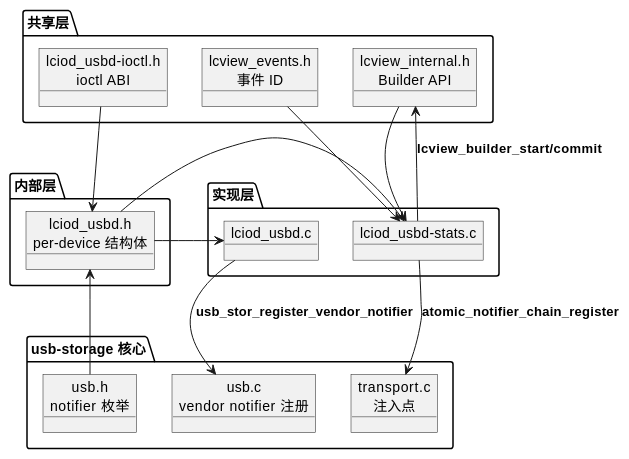
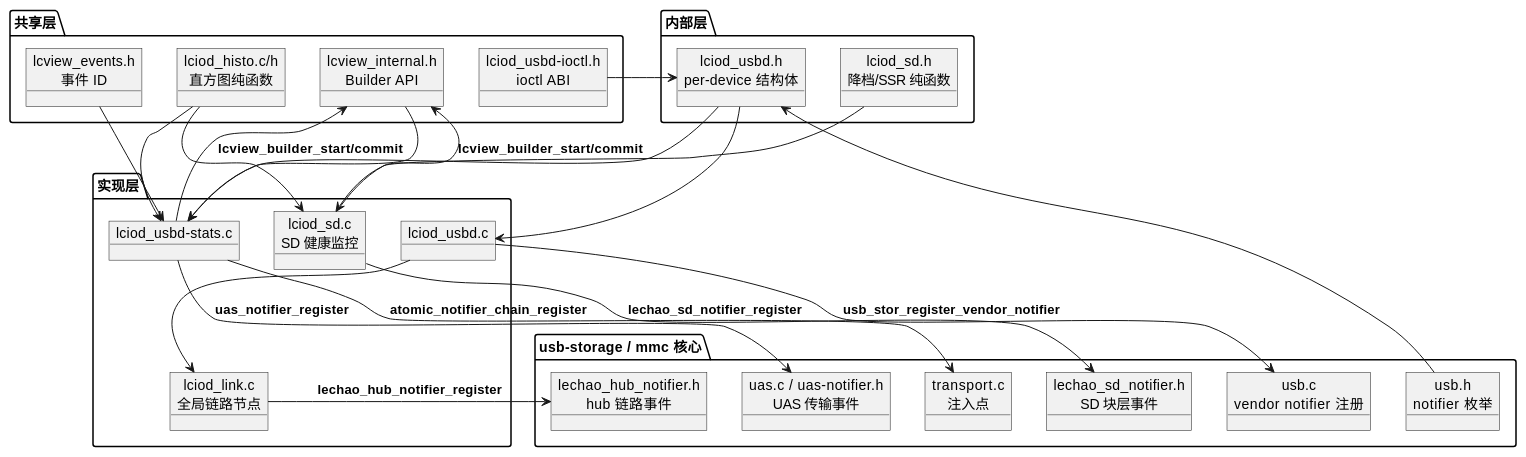
One commit to lechao365/AndroidSystemEnhance changed the eighth of 10 diagrams in docs/02-IO增强/02.01-内核态增强-lciod-kernel.md. Above: the diagram before and after it, drawn with PlantUML. The commit also changed other lines of this file and 212 other files, not shown here.

First line of the commit message:
构建(baseline): 发布 BL-20261013-01——LcIod SD 健康/长尾直方图与块采集迁入、LcView 事件扩展、usb-verify JSON 期望

````diff
--- a/docs/02-IO增强/02.01-内核态增强-lciod-kernel.md
+++ b/docs/02-IO增强/02.01-内核态增强-lciod-kernel.md
@@ -591,36 +662,51 @@
 ```plantuml
 @startuml
 package "共享层" as shared {
     object "lciod_usbd-ioctl.h\nioctl ABI" as IOCTL
     object "lcview_events.h\n事件 ID" as LCVH
     object "lcview_internal.h\nBuilder API" as LCVINT
+    object "lciod_histo.c/h\n直方图纯函数" as HISTO
 }
 
 package "内部层" as internal {
     object "lciod_usbd.h\nper-device 结构体" as HDR
+    object "lciod_sd.h\n降档/SSR 纯函数" as SDH
 }
 
 package "实现层" as impl {
     object "lciod_usbd.c" as MAIN
     object "lciod_usbd-stats.c" as STATS
+    object "lciod_link.c\n全局链路节点" as LINK
+    object "lciod_sd.c\nSD 健康监控" as SD
 }
 
-package "usb-storage 核心" as usbstor {
+package "usb-storage / mmc 核心" as usbstor {
     object "usb.h\nnotifier 枚举" as USBH
     object "usb.c\nvendor notifier 注册" as USBC
     object "transport.c\n注入点" as TRANS
+    object "uas.c / uas-notifier.h\nUAS 传输事件" as UAS
+    object "lechao_hub_notifier.h\nhub 链路事件" as HUB
+    object "lechao_sd_notifier.h\nSD 块层事件" as SDNH
 }
 
 IOCTL --> HDR
 LCVH --> STATS
 LCVINT --> STATS
 USBH --> HDR
 
 HDR --> MAIN
 HDR --> STATS
+HISTO --> STATS
+HISTO --> SD
+SDH --> SD
 
 MAIN --> USBC : **usb_stor_register_vendor_notifier**
+MAIN --> LINK
 STATS --> TRANS : **atomic_notifier_chain_register**
+STATS --> UAS : **uas_notifier_register**
+LINK --> HUB : **lechao_hub_notifier_register**
+SD --> SDNH : **lechao_sd_notifier_register**
 STATS --> LCVINT : **lcview_builder_start/commit**
+SD --> LCVINT : **lcview_builder_start/commit**
 @enduml
 ```
````
